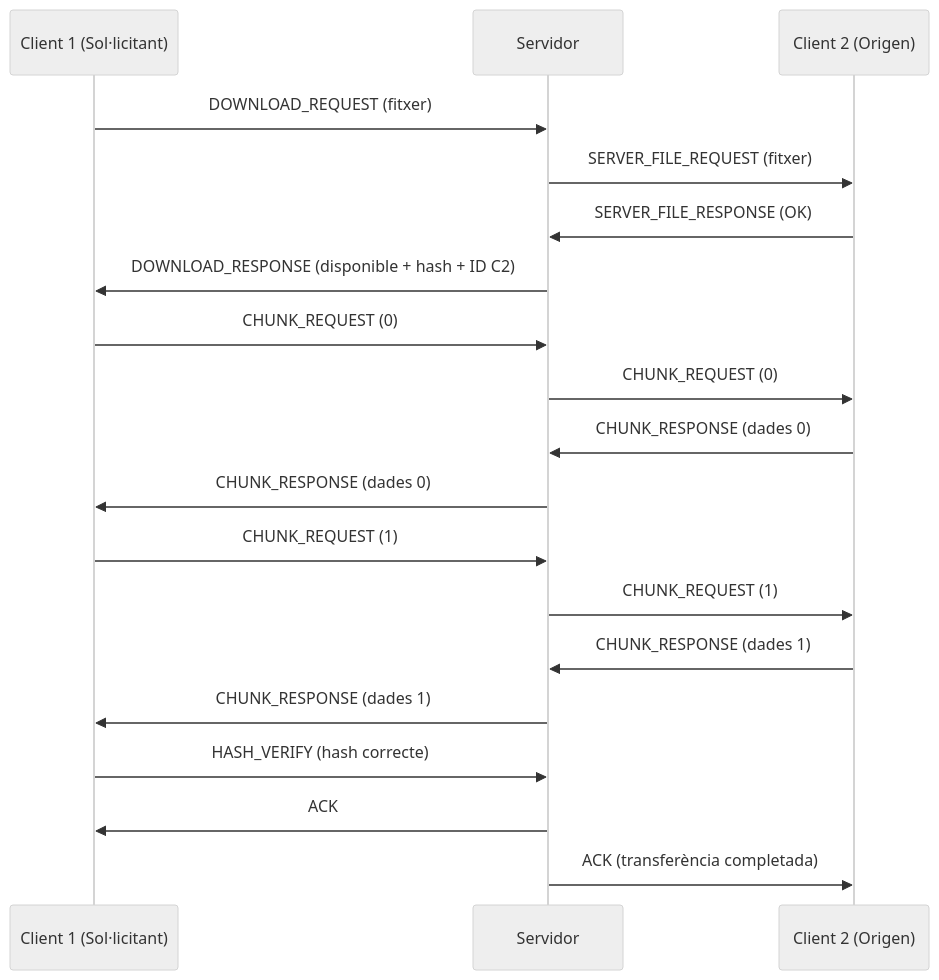
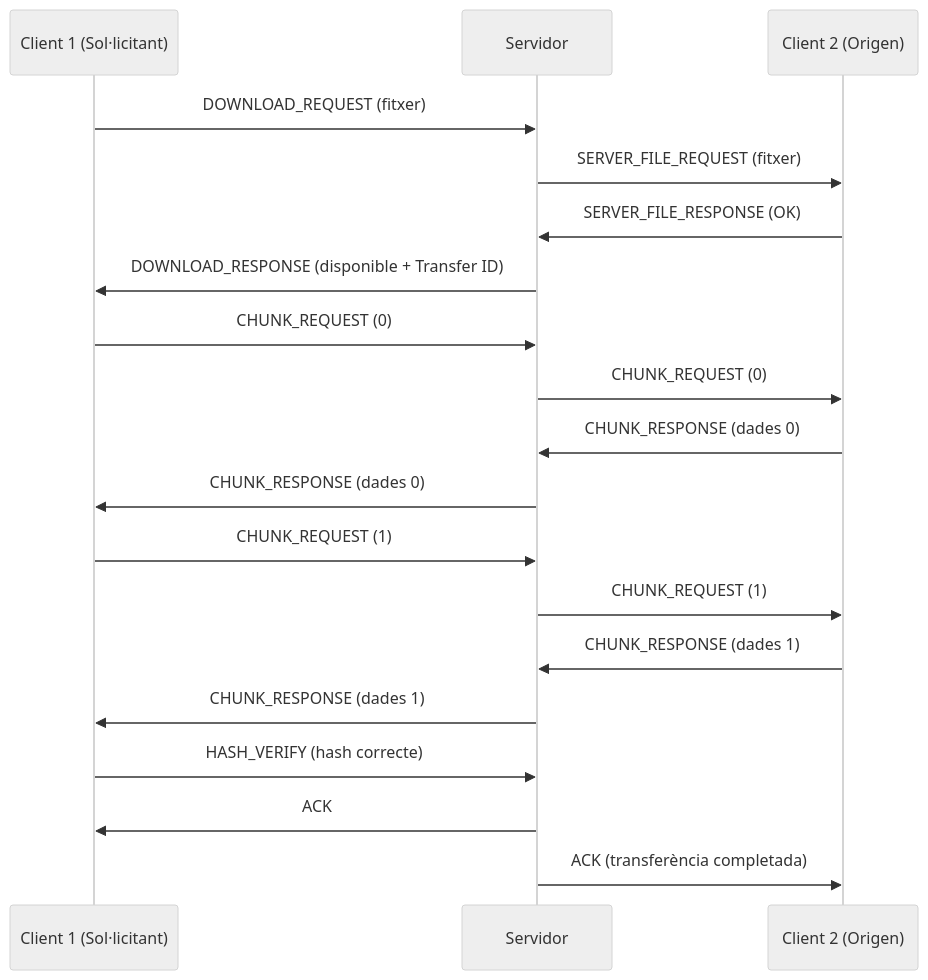
The first of 5 diagrams in Guies/Ares.md (SoftwareDistribuitUB-2026/Enunciat-PR1), drawn with Mermaid (neutral theme) before and after one commit. The commit also changed 3 other files, not shown here.

````diff
--- a/Guies/Ares.md
+++ b/Guies/Ares.md
@@ -60,29 +60,29 @@
 ```mermaid
 
 sequenceDiagram
     participant C1 as Client 1 (Sol·licitant)
     participant S as Servidor
     participant C2 as Client 2 (Origen)
 
     C1->>S: DOWNLOAD_REQUEST (fitxer)
 
     S->>C2: SERVER_FILE_REQUEST (fitxer)
     C2->>S: SERVER_FILE_RESPONSE (OK)
 
-    S->>C1: DOWNLOAD_RESPONSE (disponible + hash + ID C2)
+    S->>C1: DOWNLOAD_RESPONSE (disponible + Transfer ID)
 
     C1->>S: CHUNK_REQUEST (0)
     S->>C2: CHUNK_REQUEST (0)
     C2->>S: CHUNK_RESPONSE (dades 0)
     S->>C1: CHUNK_RESPONSE (dades 0)
 
     C1->>S: CHUNK_REQUEST (1)
     S->>C2: CHUNK_REQUEST (1)
     C2->>S: CHUNK_RESPONSE (dades 1)
     S->>C1: CHUNK_RESPONSE (dades 1)
 
     C1->>S: HASH_VERIFY (hash correcte)
     S->>C1: ACK
     S->>C2: ACK (transferència completada)
 
 ```
````
